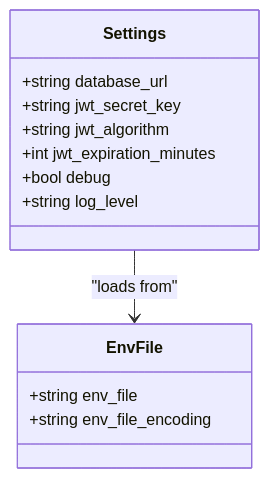
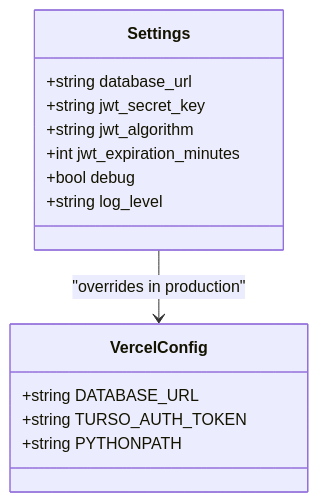
The fourth of 9 diagrams in .qoder/repowiki/en/content/Deployment & Operations.md (bikinaplikasipakeqoder-dot/payroll-hris), drawn with Mermaid before and after one commit. The commit also changed other lines of this file and 22 other files, not shown here.

````diff
--- a/.qoder/repowiki/en/content/Deployment & Operations.md
+++ b/.qoder/repowiki/en/content/Deployment & Operations.md
@@ -173,16 +218,17 @@
 ```mermaid
 classDiagram
 class Settings {
 +string database_url
 +string jwt_secret_key
 +string jwt_algorithm
 +int jwt_expiration_minutes
 +bool debug
 +string log_level
 }
-class EnvFile {
-+string env_file
-+string env_file_encoding
+class VercelConfig {
++string DATABASE_URL
++string TURSO_AUTH_TOKEN
++string PYTHONPATH
 }
-Settings --> EnvFile : "loads from"
+Settings --> VercelConfig : "overrides in production"
 ```
````
